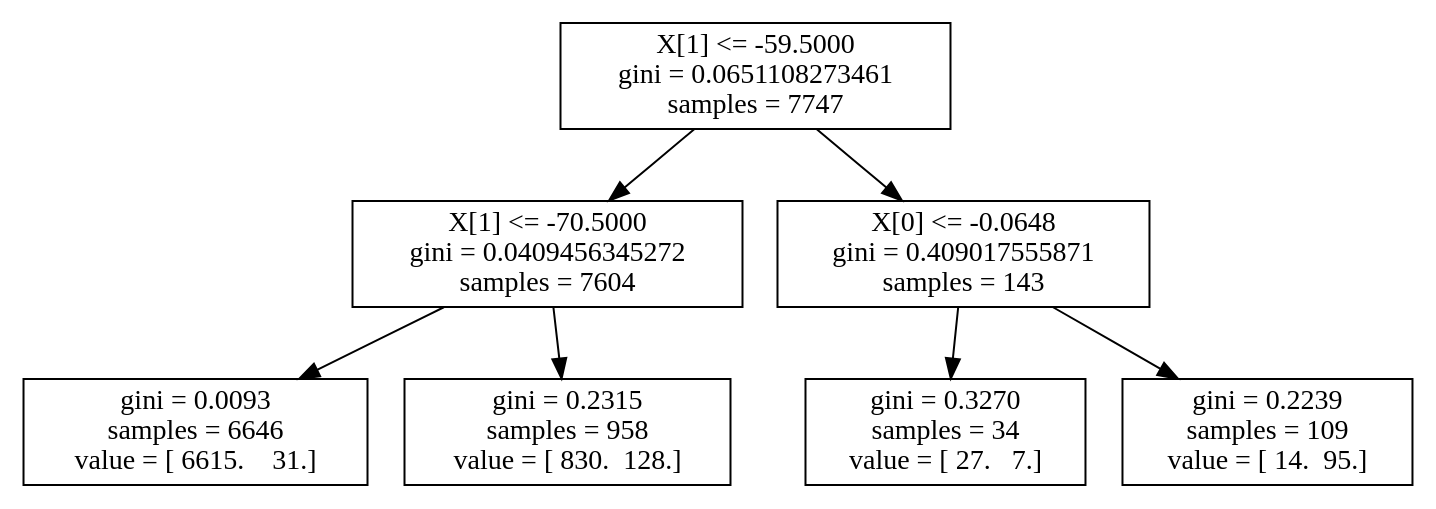
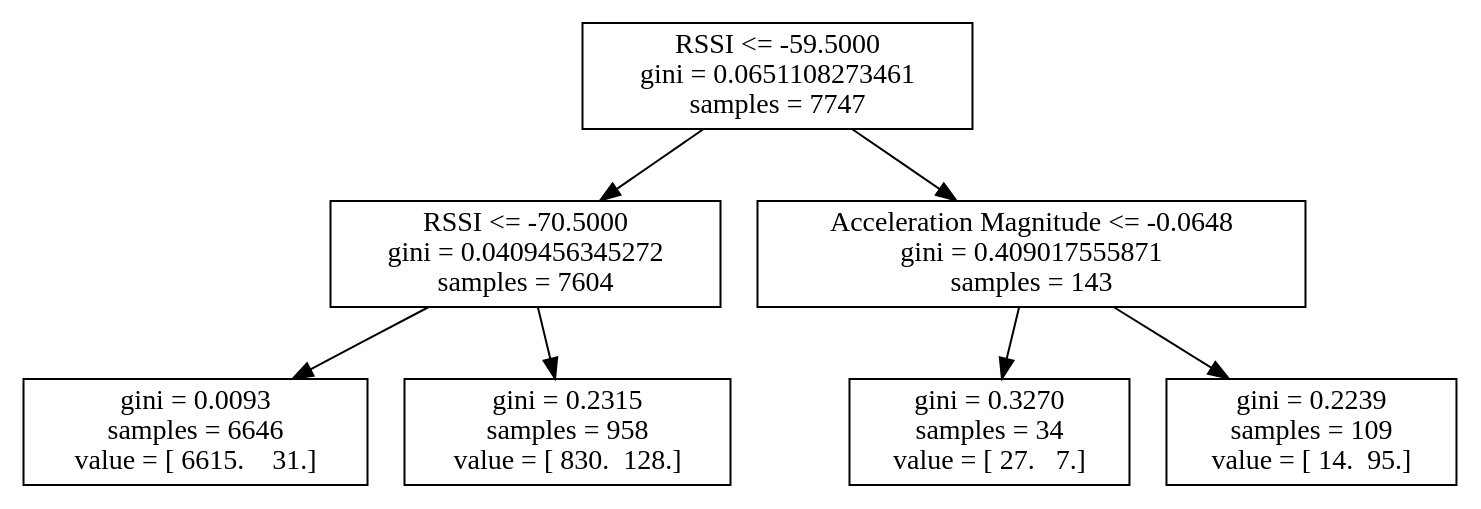
The diagram in logs/4_19/log8.dot (atitus5/6s062-Project), drawn with Graphviz before and after one commit. The commit also changed 73 other files, not shown here.

```diff
--- a/logs/4_19/log8.dot
+++ b/logs/4_19/log8.dot
@@ -1,15 +1,15 @@
 digraph Tree {
-0 [label="X[1] <= -59.5000\ngini = 0.0651108273461\nsamples = 7747", shape="box"] ;
-1 [label="X[1] <= -70.5000\ngini = 0.0409456345272\nsamples = 7604", shape="box"] ;
+0 [label="RSSI <= -59.5000\ngini = 0.0651108273461\nsamples = 7747", shape="box"] ;
+1 [label="RSSI <= -70.5000\ngini = 0.0409456345272\nsamples = 7604", shape="box"] ;
 0 -> 1 ;
 2 [label="gini = 0.0093\nsamples = 6646\nvalue = [ 6615.    31.]", shape="box"] ;
 1 -> 2 ;
 3 [label="gini = 0.2315\nsamples = 958\nvalue = [ 830.  128.]", shape="box"] ;
 1 -> 3 ;
-4 [label="X[0] <= -0.0648\ngini = 0.409017555871\nsamples = 143", shape="box"] ;
+4 [label="Acceleration Magnitude <= -0.0648\ngini = 0.409017555871\nsamples = 143", shape="box"] ;
 0 -> 4 ;
 5 [label="gini = 0.3270\nsamples = 34\nvalue = [ 27.   7.]", shape="box"] ;
 4 -> 5 ;
 6 [label="gini = 0.2239\nsamples = 109\nvalue = [ 14.  95.]", shape="box"] ;
 4 -> 6 ;
 }
```
